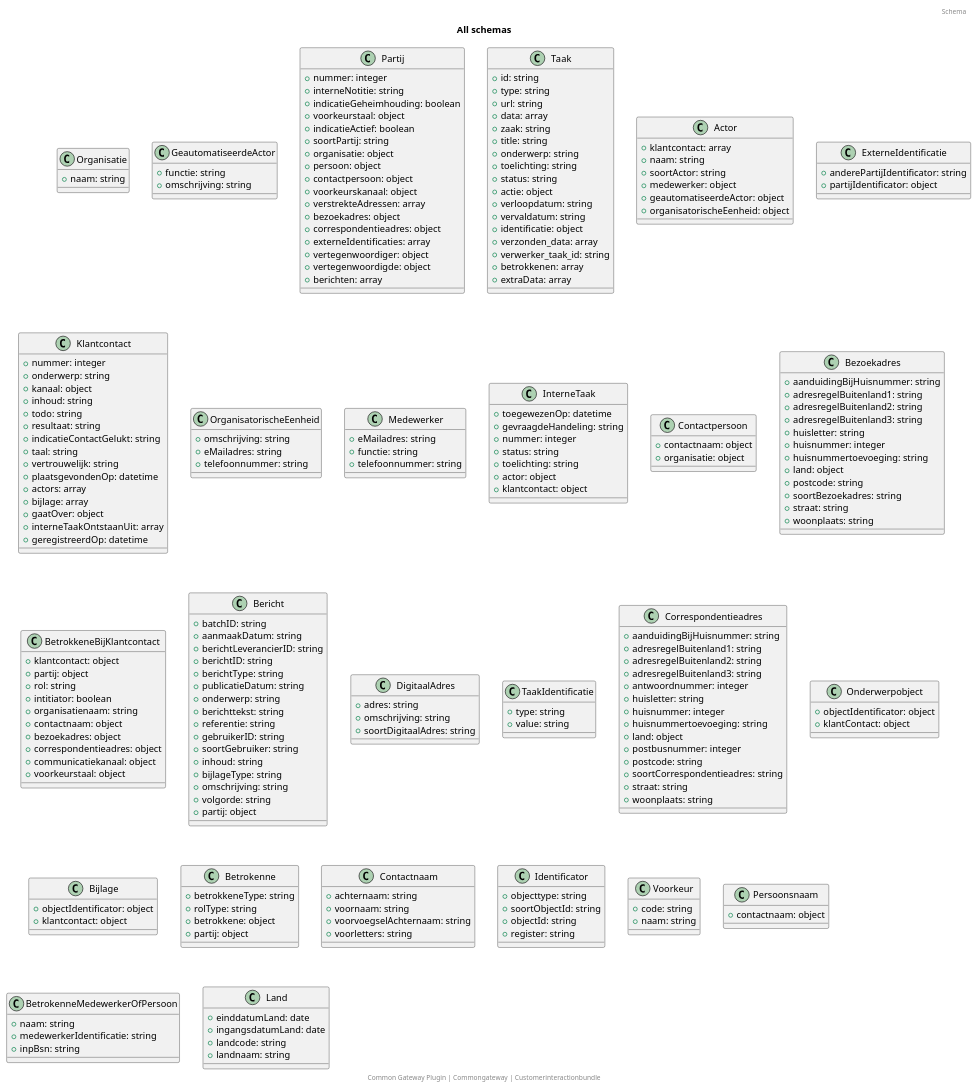
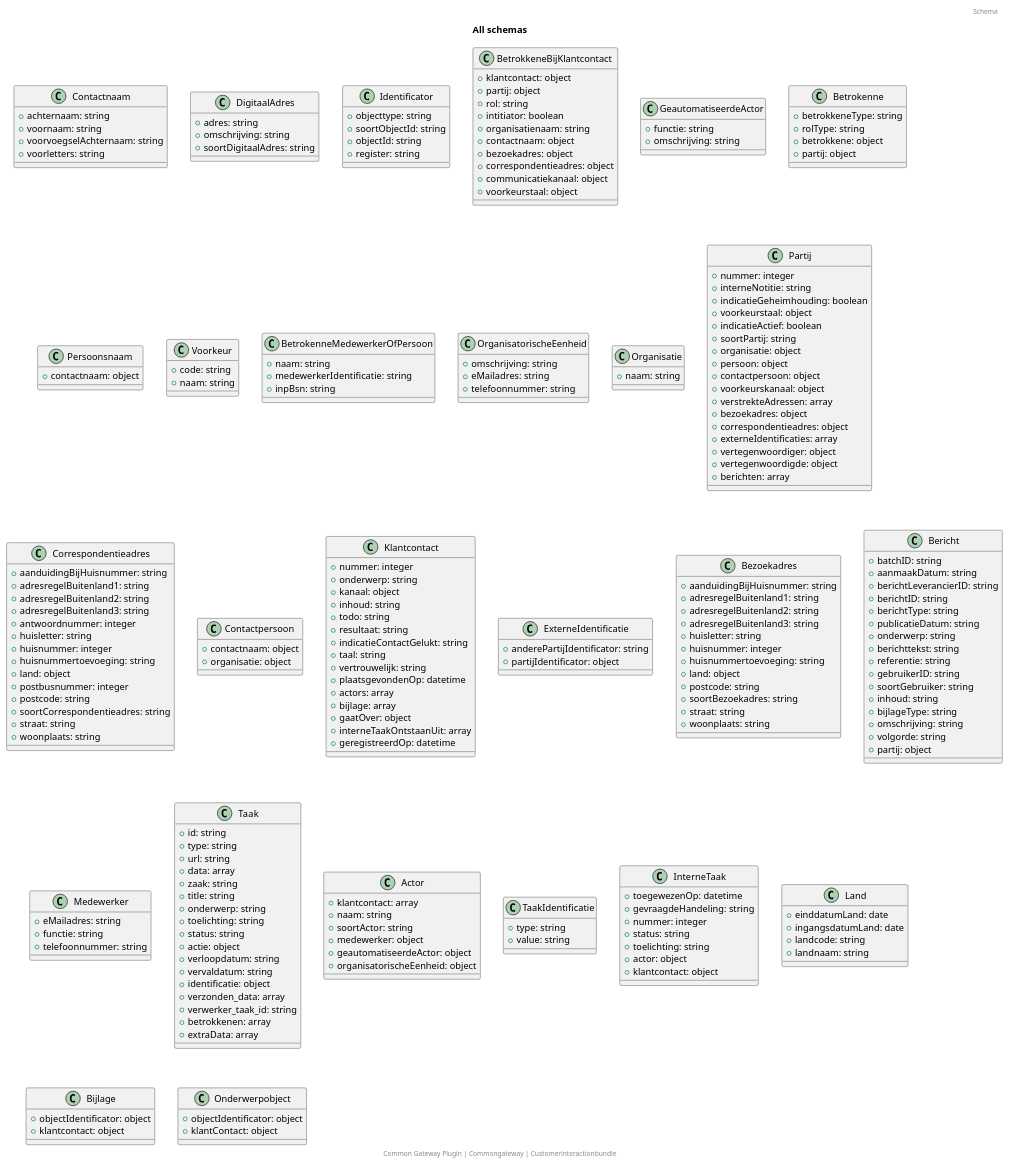
Before and after one commit to CommonGateway/CustomerInteractionBundle: the diagram in docs/schema/all_schema_classes.puml, drawn with PlantUML. The commit also changed other lines of this file and 1 other file, not shown here.

```diff
--- a/docs/schema/all_schema_classes.puml
+++ b/docs/schema/all_schema_classes.puml
@@ -2,12 +2,64 @@
 title: All schemas
 footer: Common Gateway Plugin | Commongateway | Customerinteractionbundle 
 header: Schema
-class Organisatie {
-  + naam: string
+class Contactnaam {
+  + achternaam: string
+  + voornaam: string
+  + voorvoegselAchternaam: string
+  + voorletters: string
+}
+class DigitaalAdres {
+  + adres: string
+  + omschrijving: string
+  + soortDigitaalAdres: string
+}
+class Identificator {
+  + objecttype: string
+  + soortObjectId: string
+  + objectId: string
+  + register: string
+}
+class BetrokkeneBijKlantcontact {
+  + klantcontact: object
+  + partij: object
+  + rol: string
+  + intitiator: boolean
+  + organisatienaam: string
+  + contactnaam: object
+  + bezoekadres: object
+  + correspondentieadres: object
+  + communicatiekanaal: object
+  + voorkeurstaal: object
 }
 class GeautomatiseerdeActor {
   + functie: string
   + omschrijving: string
+}
+class Betrokenne {
+  + betrokkeneType: string
+  + rolType: string
+  + betrokkene: object
+  + partij: object
+}
+class Persoonsnaam {
+  + contactnaam: object
+}
+class Voorkeur {
+  + code: string
+  + naam: string
+}
+class BetrokenneMedewerkerOfPersoon {
+  + naam: string
+  + medewerkerIdentificatie: string
+  + inpBsn: string
+}
+class OrganisatorischeEenheid {
+  + omschrijving: string
+  + eMailadres: string
+  + telefoonnummer: string
+}
+class Organisatie {
+  + naam: string
 }
 class Partij {
   + nummer: integer
@@ -27,6 +79,84 @@
   + vertegenwoordiger: object
   + vertegenwoordigde: object
   + berichten: array
+}
+class Correspondentieadres {
+  + aanduidingBijHuisnummer: string
+  + adresregelBuitenland1: string
+  + adresregelBuitenland2: string
+  + adresregelBuitenland3: string
+  + antwoordnummer: integer
+  + huisletter: string
+  + huisnummer: integer
+  + huisnummertoevoeging: string
+  + land: object
+  + postbusnummer: integer
+  + postcode: string
+  + soortCorrespondentieadres: string
+  + straat: string
+  + woonplaats: string
+}
+class Contactpersoon {
+  + contactnaam: object
+  + organisatie: object
+}
+class Klantcontact {
+  + nummer: integer
+  + onderwerp: string
+  + kanaal: object
+  + inhoud: string
+  + todo: string
+  + resultaat: string
+  + indicatieContactGelukt: string
+  + taal: string
+  + vertrouwelijk: string
+  + plaatsgevondenOp: datetime
+  + actors: array
+  + bijlage: array
+  + gaatOver: object
+  + interneTaakOntstaanUit: array
+  + geregistreerdOp: datetime
+}
+class ExterneIdentificatie {
+  + anderePartijIdentificator: string
+  + partijIdentificator: object
+}
+class Bezoekadres {
+  + aanduidingBijHuisnummer: string
+  + adresregelBuitenland1: string
+  + adresregelBuitenland2: string
+  + adresregelBuitenland3: string
+  + huisletter: string
+  + huisnummer: integer
+  + huisnummertoevoeging: string
+  + land: object
+  + postcode: string
+  + soortBezoekadres: string
+  + straat: string
+  + woonplaats: string
+}
+class Bericht {
+  + batchID: string
+  + aanmaakDatum: string
+  + berichtLeverancierID: string
+  + berichtID: string
+  + berichtType: string
+  + publicatieDatum: string
+  + onderwerp: string
+  + berichttekst: string
+  + referentie: string
+  + gebruikerID: string
+  + soortGebruiker: string
+  + inhoud: string
+  + bijlageType: string
+  + omschrijving: string
+  + volgorde: string
+  + partij: object
+}
+class Medewerker {
+  + eMailadres: string
+  + functie: string
+  + telefoonnummer: string
 }
 class Taak {
   + id: string
@@ -55,36 +185,9 @@
   + geautomatiseerdeActor: object
   + organisatorischeEenheid: object
 }
-class ExterneIdentificatie {
-  + anderePartijIdentificator: string
-  + partijIdentificator: object
-}
-class Klantcontact {
-  + nummer: integer
-  + onderwerp: string
-  + kanaal: object
-  + inhoud: string
-  + todo: string
-  + resultaat: string
-  + indicatieContactGelukt: string
-  + taal: string
-  + vertrouwelijk: string
-  + plaatsgevondenOp: datetime
-  + actors: array
-  + bijlage: array
-  + gaatOver: object
-  + interneTaakOntstaanUit: array
-  + geregistreerdOp: datetime
-}
-class OrganisatorischeEenheid {
-  + omschrijving: string
-  + eMailadres: string
-  + telefoonnummer: string
-}
-class Medewerker {
-  + eMailadres: string
-  + functie: string
-  + telefoonnummer: string
+class TaakIdentificatie {
+  + type: string
+  + value: string
 }
 class InterneTaak {
   + toegewezenOp: datetime
@@ -95,121 +198,18 @@
   + actor: object
   + klantcontact: object
 }
-class Contactpersoon {
-  + contactnaam: object
-  + organisatie: object
-}
-class Bezoekadres {
-  + aanduidingBijHuisnummer: string
-  + adresregelBuitenland1: string
-  + adresregelBuitenland2: string
-  + adresregelBuitenland3: string
-  + huisletter: string
-  + huisnummer: integer
-  + huisnummertoevoeging: string
-  + land: object
-  + postcode: string
-  + soortBezoekadres: string
-  + straat: string
-  + woonplaats: string
-}
-class BetrokkeneBijKlantcontact {
-  + klantcontact: object
-  + partij: object
-  + rol: string
-  + intitiator: boolean
-  + organisatienaam: string
-  + contactnaam: object
-  + bezoekadres: object
-  + correspondentieadres: object
-  + communicatiekanaal: object
-  + voorkeurstaal: object
-}
-class Bericht {
-  + batchID: string
-  + aanmaakDatum: string
-  + berichtLeverancierID: string
-  + berichtID: string
-  + berichtType: string
-  + publicatieDatum: string
-  + onderwerp: string
-  + berichttekst: string
-  + referentie: string
-  + gebruikerID: string
-  + soortGebruiker: string
-  + inhoud: string
-  + bijlageType: string
-  + omschrijving: string
-  + volgorde: string
-  + partij: object
-}
-class DigitaalAdres {
-  + adres: string
-  + omschrijving: string
-  + soortDigitaalAdres: string
-}
-class TaakIdentificatie {
-  + type: string
-  + value: string
-}
-class Correspondentieadres {
-  + aanduidingBijHuisnummer: string
-  + adresregelBuitenland1: string
-  + adresregelBuitenland2: string
-  + adresregelBuitenland3: string
-  + antwoordnummer: integer
-  + huisletter: string
-  + huisnummer: integer
-  + huisnummertoevoeging: string
-  + land: object
-  + postbusnummer: integer
-  + postcode: string
-  + soortCorrespondentieadres: string
-  + straat: string
-  + woonplaats: string
-}
-class Onderwerpobject {
-  + objectIdentificator: object
-  + klantContact: object
-}
-class Bijlage {
-  + objectIdentificator: object
-  + klantcontact: object
-}
-class Betrokenne {
-  + betrokkeneType: string
-  + rolType: string
-  + betrokkene: object
-  + partij: object
-}
-class Contactnaam {
-  + achternaam: string
-  + voornaam: string
-  + voorvoegselAchternaam: string
-  + voorletters: string
-}
-class Identificator {
-  + objecttype: string
-  + soortObjectId: string
-  + objectId: string
-  + register: string
-}
-class Voorkeur {
-  + code: string
-  + naam: string
-}
-class Persoonsnaam {
-  + contactnaam: object
-}
-class BetrokenneMedewerkerOfPersoon {
-  + naam: string
-  + medewerkerIdentificatie: string
-  + inpBsn: string
-}
 class Land {
   + einddatumLand: date
   + ingangsdatumLand: date
   + landcode: string
   + landnaam: string
 }
+class Bijlage {
+  + objectIdentificator: object
+  + klantcontact: object
+}
+class Onderwerpobject {
+  + objectIdentificator: object
+  + klantContact: object
+}
 @enduml
```
